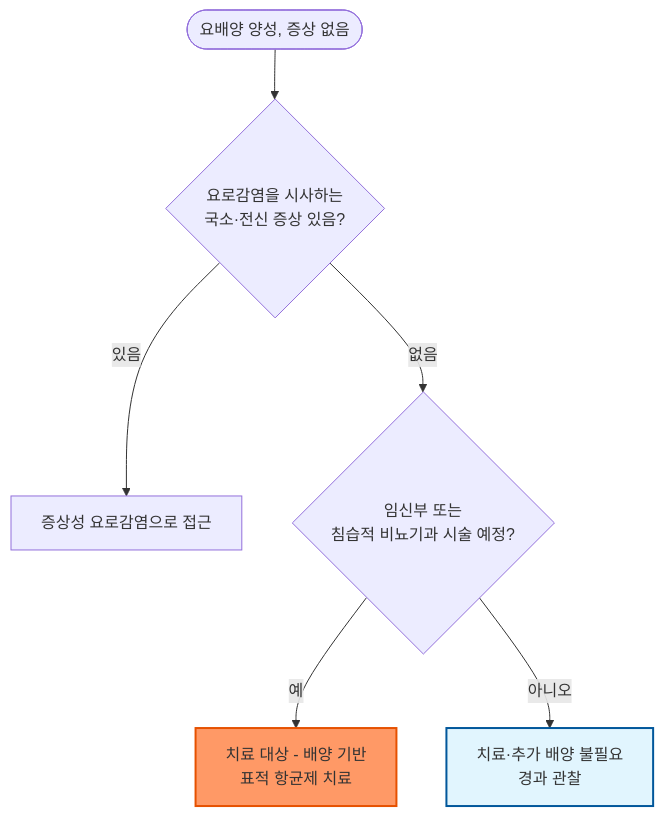
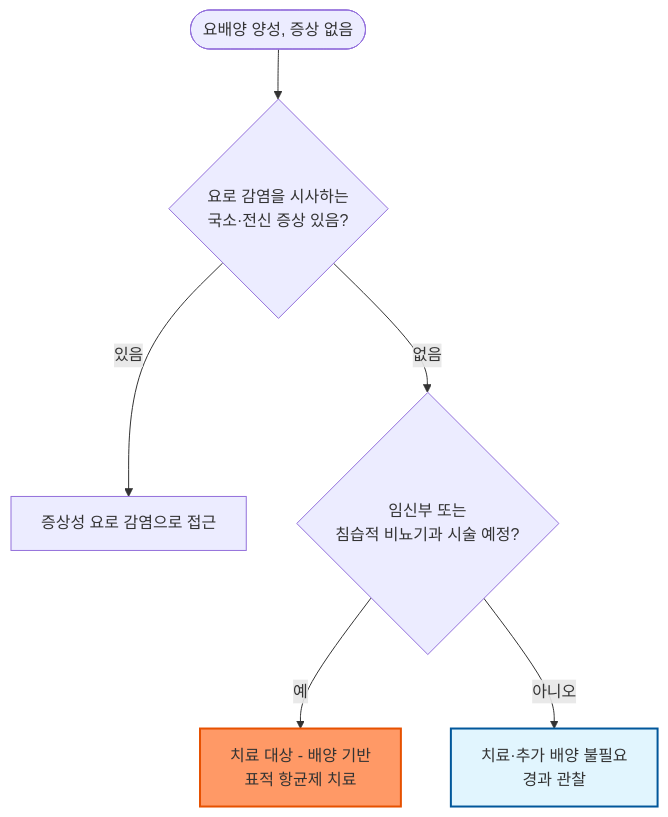
The diagram in 227_/114_-asymptomatic-bacteriuria.md (familyoh77/familyoh77), drawn with Mermaid before and after one commit. The commit also changed other lines of this file, not shown here.

````diff
--- a/227_/114_-asymptomatic-bacteriuria.md
+++ b/227_/114_-asymptomatic-bacteriuria.md
@@ -65,10 +65,10 @@
 ```mermaid
 graph TD
-    A([요배양 양성, 증상 없음]) --> B{요로감염을 시사하는<br>국소·전신 증상 있음?}
-    B -- 있음 --> C[증상성 요로감염으로 접근]
+    A([요배양 양성, 증상 없음]) --> B{요로 감염을 시사하는<br>국소·전신 증상 있음?}
+    B -- 있음 --> C[증상성 요로 감염으로 접근]
     B -- 없음 --> D{임신부 또는<br>침습적 비뇨기과 시술 예정?}
     D -- 예 --> E[치료 대상 - 배양 기반<br>표적 항균제 치료]
     D -- 아니오 --> F[치료·추가 배양 불필요<br>경과 관찰]
     style E fill:#f96,stroke:#e65100,stroke-width:2px
     style F fill:#e1f5fe,stroke:#01579b,stroke-width:2px
 ```
````
